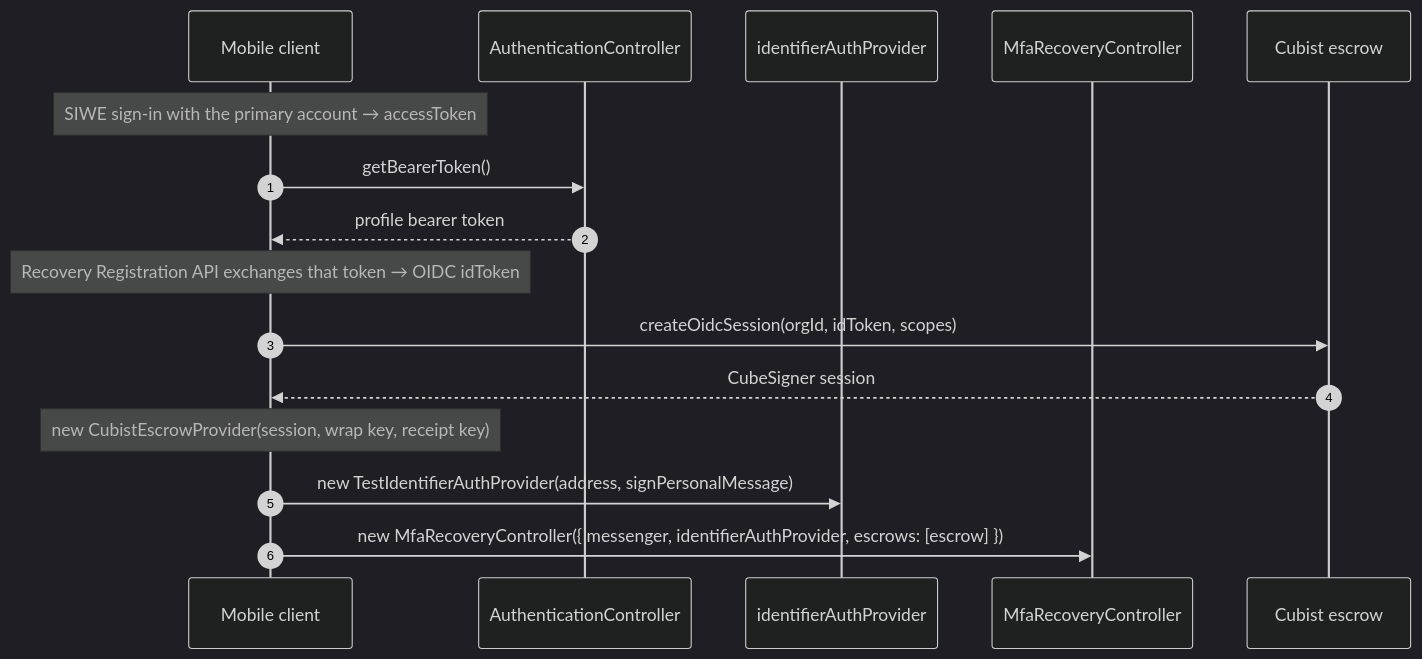
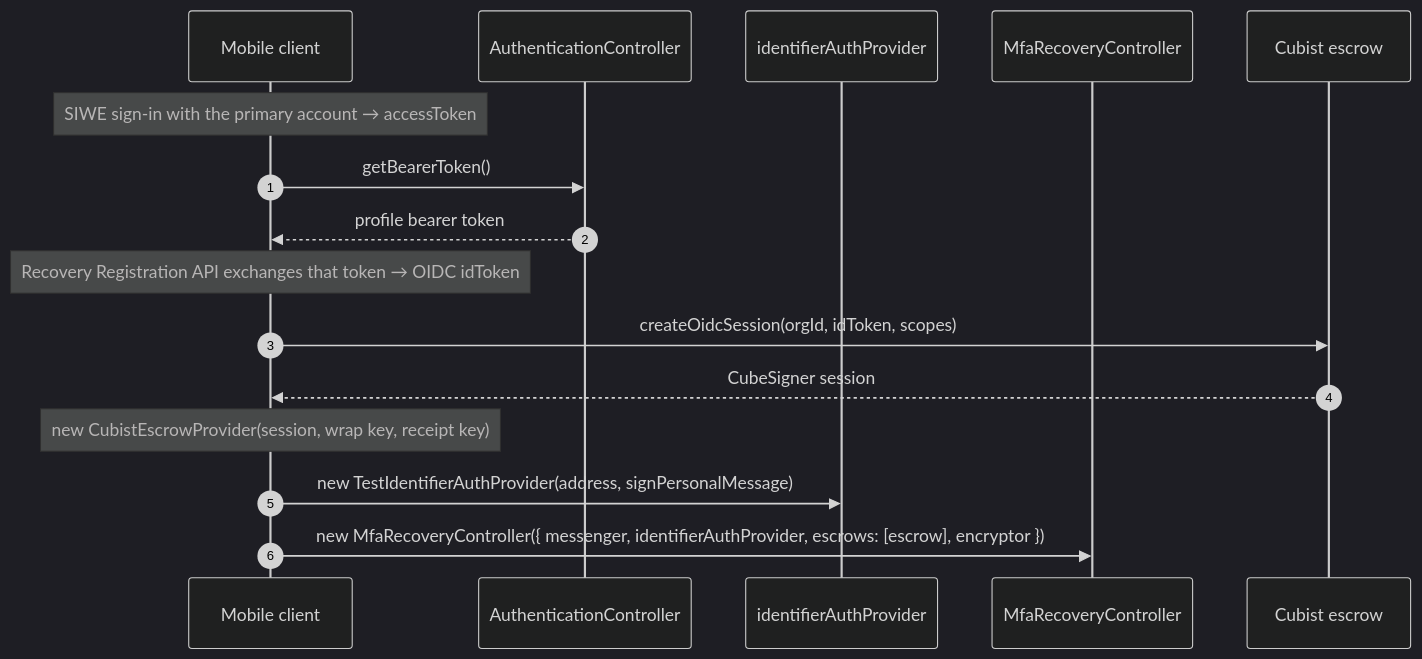
Before and after one commit to MetaMask/core: the first of 3 diagrams in packages/mfa-recovery-controller/CUBIST_TEST_SEQUENCE.md, drawn with Mermaid (dark theme). The commit also changed 14 other files, not shown here.

Commit message:
feat(mfa-recovery-controller): encrypt pending state with a host-owned key

````diff
--- a/packages/mfa-recovery-controller/CUBIST_TEST_SEQUENCE.md
+++ b/packages/mfa-recovery-controller/CUBIST_TEST_SEQUENCE.md
@@ -23,19 +23,19 @@
 ```mermaid
 sequenceDiagram
   autonumber
   participant Mobile as Mobile client
   participant Auth as AuthenticationController
   participant Id as identifierAuthProvider
   participant C as MfaRecoveryController
   participant Cubist as Cubist escrow
 
   Note over Mobile: SIWE sign-in with the primary account → accessToken
   Mobile->>Auth: getBearerToken()
   Auth-->>Mobile: profile bearer token
   Note over Mobile: Recovery Registration API exchanges that token → OIDC idToken
   Mobile->>Cubist: createOidcSession(orgId, idToken, scopes)
   Cubist-->>Mobile: CubeSigner session
   Note over Mobile: new CubistEscrowProvider(session, wrap key, receipt key)
   Mobile->>Id: new TestIdentifierAuthProvider(address, signPersonalMessage)
-  Mobile->>C: new MfaRecoveryController({ messenger, identifierAuthProvider, escrows: [escrow] })
+  Mobile->>C: new MfaRecoveryController({ messenger, identifierAuthProvider, escrows: [escrow], encryptor })
 ```
````
